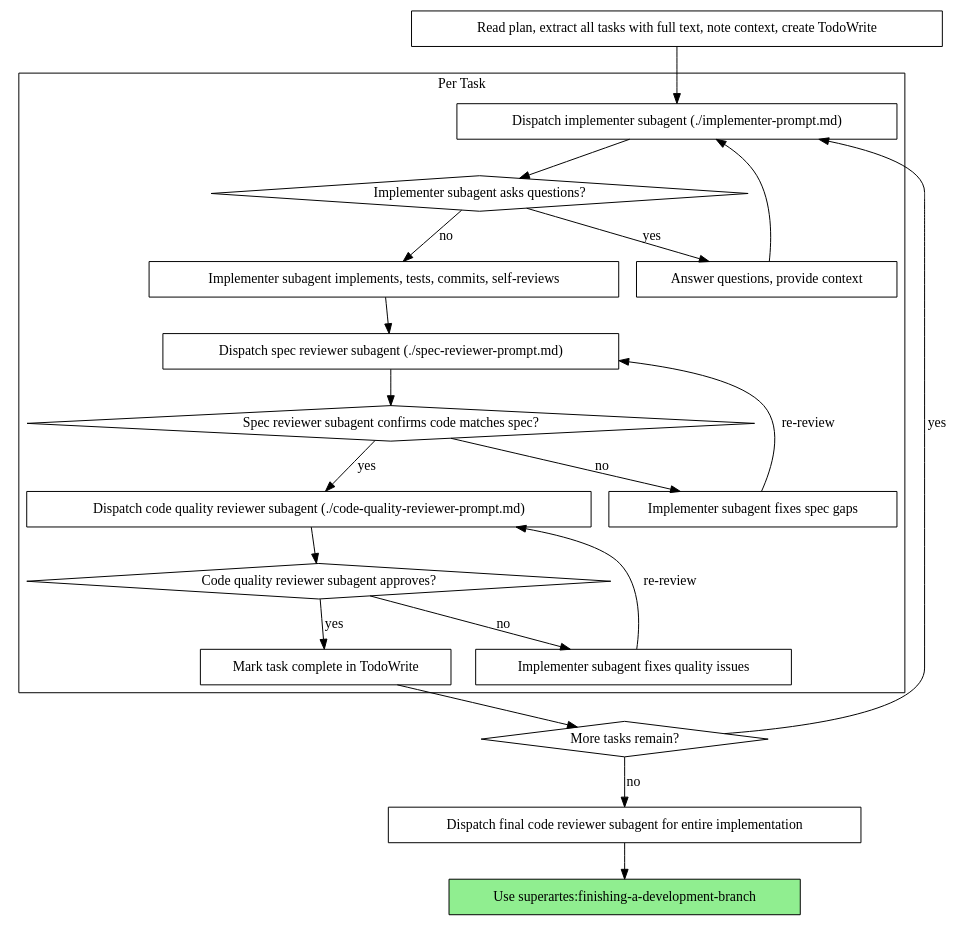
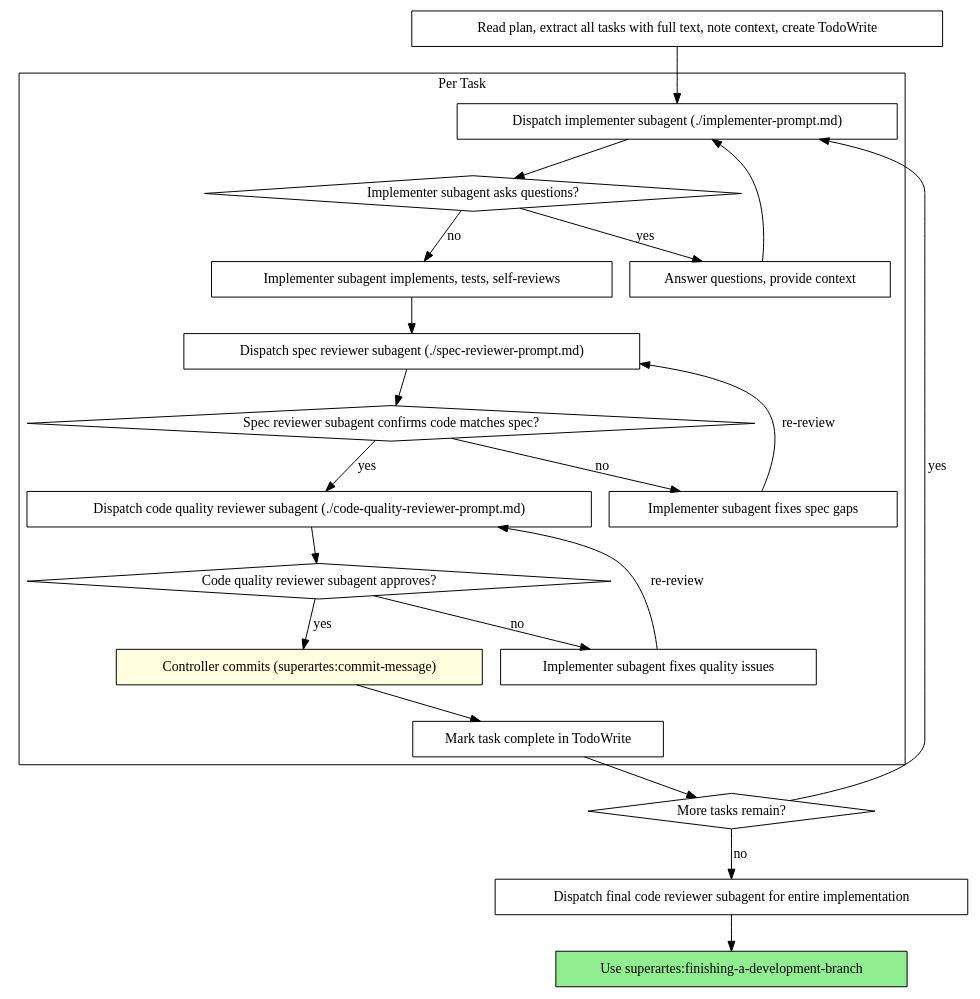
The second of 2 diagrams in skills/subagent-driven-development/SKILL.md (andybrandt/superartes), drawn with Graphviz before and after one commit. The commit also changed other lines of this file and 9 other files, not shown here.

Commit message:
v1.0.1 - controller commits instead of subagents, commit-message skill used for all artifacts

````diff
--- a/skills/subagent-driven-development/SKILL.md
+++ b/skills/subagent-driven-development/SKILL.md
@@ -42,44 +44,46 @@
 ```dot
 digraph process {
     rankdir=TB;
 
     subgraph cluster_per_task {
         label="Per Task";
         "Dispatch implementer subagent (./implementer-prompt.md)" [shape=box];
         "Implementer subagent asks questions?" [shape=diamond];
         "Answer questions, provide context" [shape=box];
-        "Implementer subagent implements, tests, commits, self-reviews" [shape=box];
+        "Implementer subagent implements, tests, self-reviews" [shape=box];
         "Dispatch spec reviewer subagent (./spec-reviewer-prompt.md)" [shape=box];
         "Spec reviewer subagent confirms code matches spec?" [shape=diamond];
         "Implementer subagent fixes spec gaps" [shape=box];
         "Dispatch code quality reviewer subagent (./code-quality-reviewer-prompt.md)" [shape=box];
         "Code quality reviewer subagent approves?" [shape=diamond];
         "Implementer subagent fixes quality issues" [shape=box];
+        "Controller commits (superartes:commit-message)" [shape=box style=filled fillcolor=lightyellow];
         "Mark task complete in TodoWrite" [shape=box];
     }
 
     "Read plan, extract all tasks with full text, note context, create TodoWrite" [shape=box];
     "More tasks remain?" [shape=diamond];
     "Dispatch final code reviewer subagent for entire implementation" [shape=box];
     "Use superartes:finishing-a-development-branch" [shape=box style=filled fillcolor=lightgreen];
 
     "Read plan, extract all tasks with full text, note context, create TodoWrite" -> "Dispatch implementer subagent (./implementer-prompt.md)";
     "Dispatch implementer subagent (./implementer-prompt.md)" -> "Implementer subagent asks questions?";
     "Implementer subagent asks questions?" -> "Answer questions, provide context" [label="yes"];
     "Answer questions, provide context" -> "Dispatch implementer subagent (./implementer-prompt.md)";
-    "Implementer subagent asks questions?" -> "Implementer subagent implements, tests, commits, self-reviews" [label="no"];
-    "Implementer subagent implements, tests, commits, self-reviews" -> "Dispatch spec reviewer subagent (./spec-reviewer-prompt.md)";
+    "Implementer subagent asks questions?" -> "Implementer subagent implements, tests, self-reviews" [label="no"];
+    "Implementer subagent implements, tests, self-reviews" -> "Dispatch spec reviewer subagent (./spec-reviewer-prompt.md)";
     "Dispatch spec reviewer subagent (./spec-reviewer-prompt.md)" -> "Spec reviewer subagent confirms code matches spec?";
     "Spec reviewer subagent confirms code matches spec?" -> "Implementer subagent fixes spec gaps" [label="no"];
     "Implementer subagent fixes spec gaps" -> "Dispatch spec reviewer subagent (./spec-reviewer-prompt.md)" [label="re-review"];
     "Spec reviewer subagent confirms code matches spec?" -> "Dispatch code quality reviewer subagent (./code-quality-reviewer-prompt.md)" [label="yes"];
     "Dispatch code quality reviewer subagent (./code-quality-reviewer-prompt.md)" -> "Code quality reviewer subagent approves?";
     "Code quality reviewer subagent approves?" -> "Implementer subagent fixes quality issues" [label="no"];
     "Implementer subagent fixes quality issues" -> "Dispatch code quality reviewer subagent (./code-quality-reviewer-prompt.md)" [label="re-review"];
-    "Code quality reviewer subagent approves?" -> "Mark task complete in TodoWrite" [label="yes"];
+    "Code quality reviewer subagent approves?" -> "Controller commits (superartes:commit-message)" [label="yes"];
+    "Controller commits (superartes:commit-message)" -> "Mark task complete in TodoWrite";
     "Mark task complete in TodoWrite" -> "More tasks remain?";
     "More tasks remain?" -> "Dispatch implementer subagent (./implementer-prompt.md)" [label="yes"];
     "More tasks remain?" -> "Dispatch final code reviewer subagent for entire implementation" [label="no"];
     "Dispatch final code reviewer subagent for entire implementation" -> "Use superartes:finishing-a-development-branch";
 }
 ```
````
